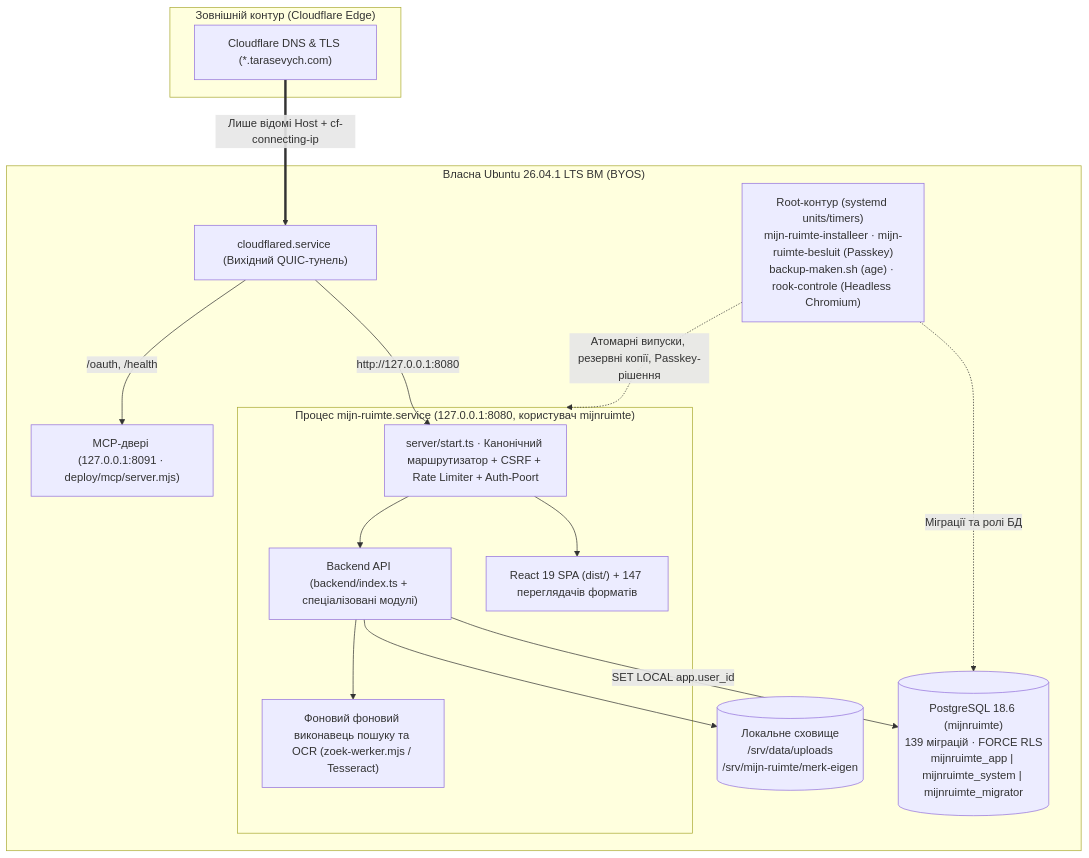
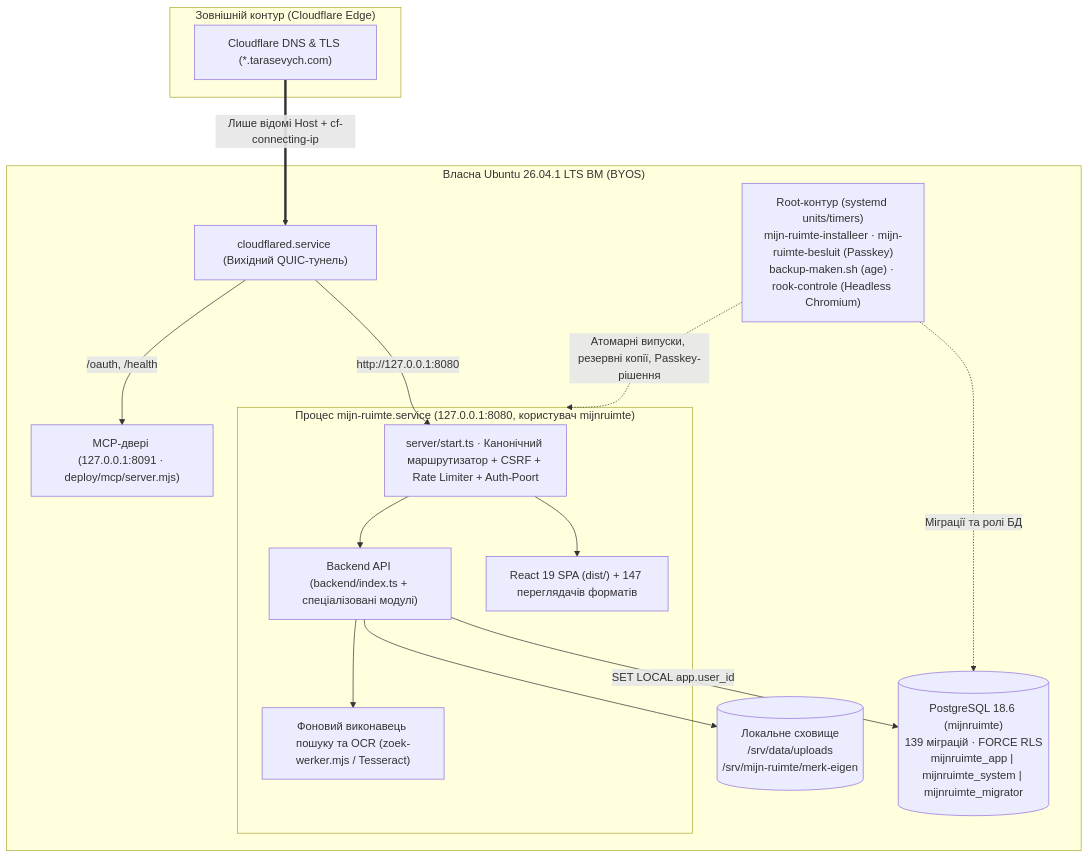
The diagram in README.md (Tarasevych/hub), drawn with Mermaid before and after one commit. The commit also changed other lines of this file and 65 other files, not shown here.

````diff
--- a/README.md
+++ b/README.md
@@ -88,31 +88,31 @@
 ```mermaid
 flowchart TB
     subgraph Edge["Зовнішній контур (Cloudflare Edge)"]
         CF["Cloudflare DNS & TLS (*.tarasevych.com)"]
     end
 
     subgraph VM["Власна Ubuntu 26.04.1 LTS ВМ (BYOS)"]
         CFD["cloudflared.service (Вихідний QUIC-тунель)"]
         subgraph App["Процес mijn-ruimte.service (127.0.0.1:8080, користувач mijnruimte)"]
             SRV["server/start.ts · Канонічний маршрутизатор + CSRF + Rate Limiter + Auth-Poort"]
             SPA["React 19 SPA (dist/) + 147 переглядачів форматів"]
             API["Backend API (backend/index.ts + спеціалізовані модулі)"]
-            WRK["Фоновий фоновий виконавець пошуку та OCR (zoek-werker.mjs / Tesseract)"]
+            WRK["Фоновий виконавець пошуку та OCR (zoek-werker.mjs / Tesseract)"]
         end
         MCP8091["MCP-двері (127.0.0.1:8091 · deploy/mcp/server.mjs)"]
         PG[("PostgreSQL 18.6 (mijnruimte)\n139 міграцій · FORCE RLS\nmijnruimte_app | mijnruimte_system | mijnruimte_migrator")]
         FS[("Локальне сховище\n/srv/data/uploads\n/srv/mijn-ruimte/merk-eigen")]
         ROOT["Root-контур (systemd units/timers)\nmijn-ruimte-installeer · mijn-ruimte-besluit (Passkey)\nbackup-maken.sh (age) · rook-controle (Headless Chromium)"]
     end
 
     CF ==>|"Лише відомі Host + cf-connecting-ip"| CFD
     CFD -->|"http://127.0.0.1:8080"| SRV
     CFD -->|"/oauth, /health"| MCP8091
     SRV --> SPA
     SRV --> API
     API -->|"SET LOCAL app.user_id"| PG
     API --> FS
     API --> WRK
     ROOT -.->|"Атомарні випуски, резервні копії, Passkey-рішення"| App
     ROOT -.->|"Міграції та ролі БД"| PG
 ```
````
